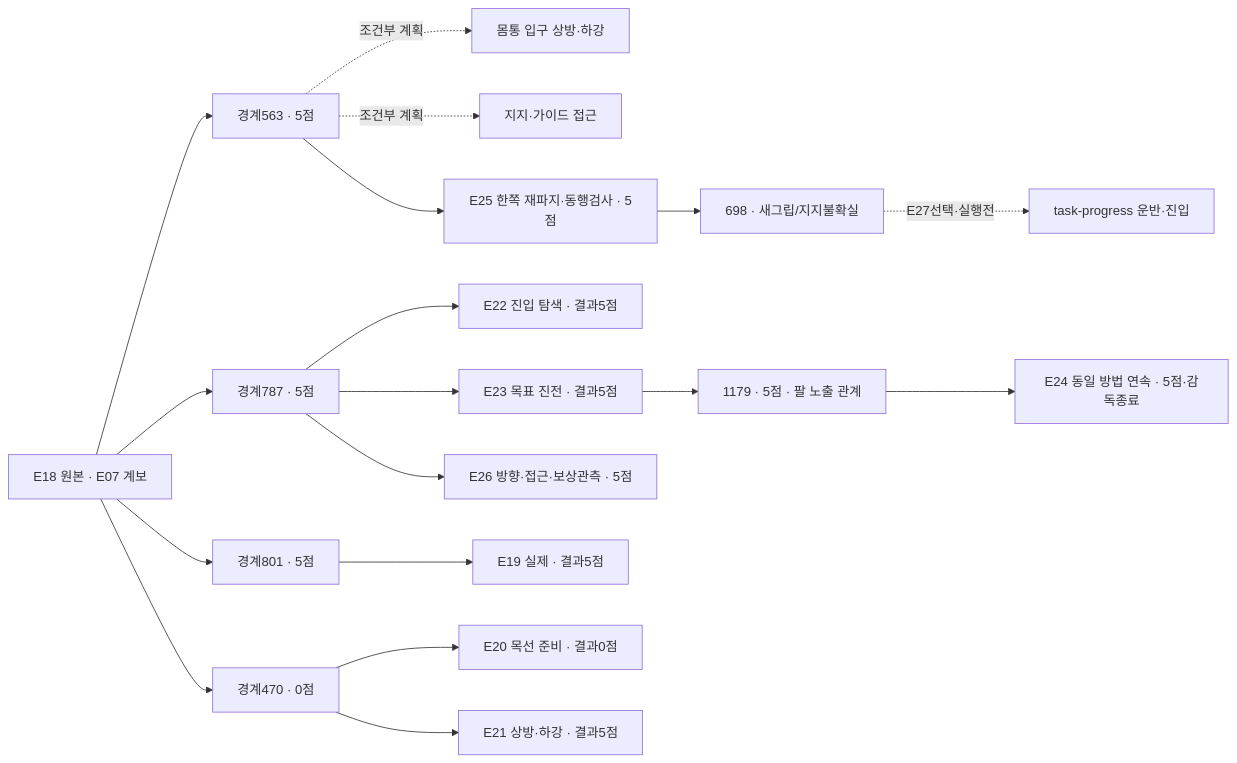
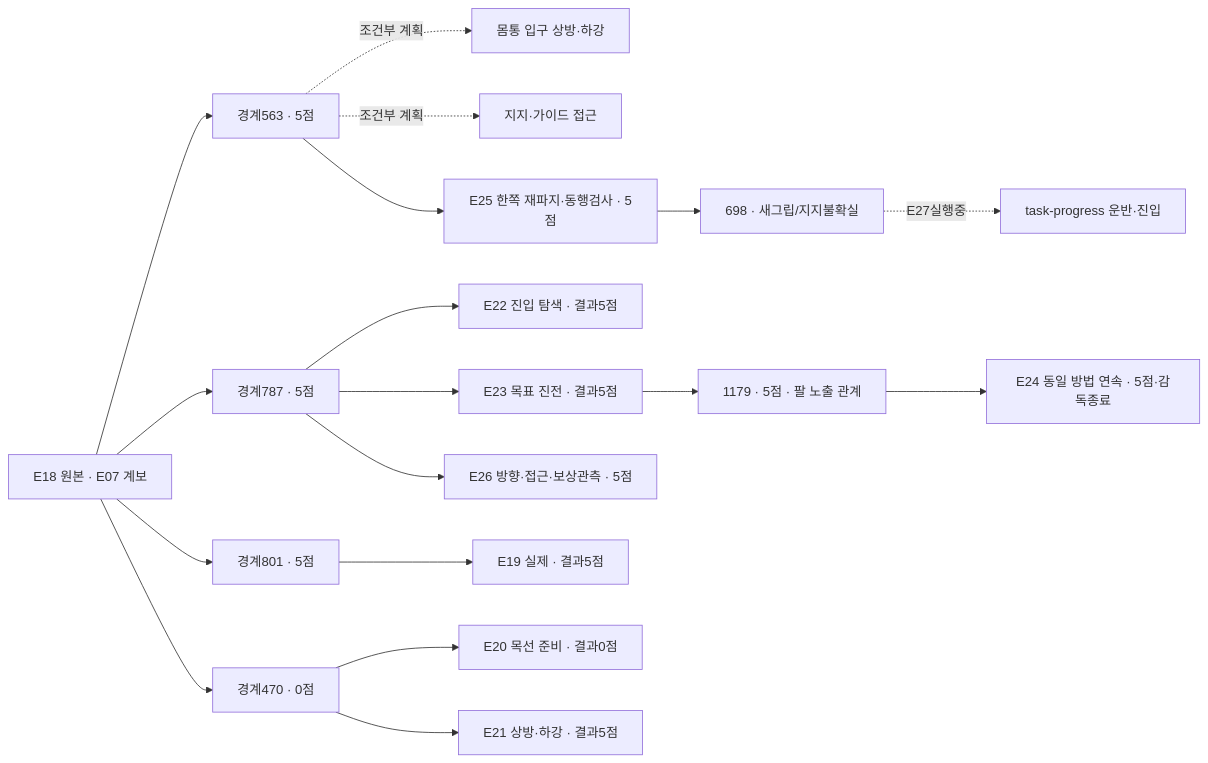
One commit to leonyoon-3dai/PhyRC_2027_phase1 changed the diagram in docs/collection/catalog/README.ko.md. Above: the diagram before and after it, drawn with Mermaid. The commit also changed other lines of this file and 9 other files, not shown here.

````diff
--- a/docs/collection/catalog/README.ko.md
+++ b/docs/collection/catalog/README.ko.md
@@ -27,20 +27,20 @@
 ```mermaid
 flowchart LR
   E18["E18 원본 · E07 계보"] --> P563["경계563 · 5점"]
   E18 --> P787["경계787 · 5점"]
   E18 --> P801["경계801 · 5점"]
   E18 --> P470["경계470 · 0점"]
   P563 -. "조건부 계획" .-> O["몸통 입구 상방·하강"]
   P563 -. "조건부 계획" .-> G["지지·가이드 접근"]
   P801 --> E19["E19 실제 · 결과5점"]
   P470 --> E20["E20 목선 준비 · 결과0점"]
   P470 --> E21["E21 상방·하강 · 결과5점"]
   P787 --> E22["E22 진입 탐색 · 결과5점"]
   P787 --> E23["E23 목표 진전 · 결과5점"]
   E23 --> P1179["1179 · 5점 · 팔 노출 관계"]
   P1179 --> E24["E24 동일 방법 연속 · 5점·감독종료"]
   P563 --> M1["E25 한쪽 재파지·동행검사 · 5점"]
   P787 --> M2["E26 방향·접근·보상관측 · 5점"]
   M1 --> P698["698 · 새그립/지지불확실"]
-  P698 -. "E27선택·실행전" .-> C["task-progress 운반·진입"]
+  P698 -. "E27실행중" .-> C["task-progress 운반·진입"]
 ```
````
